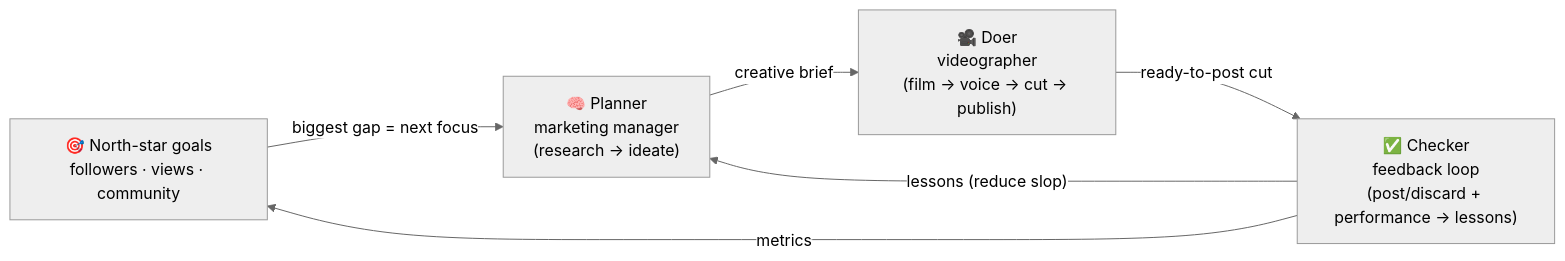
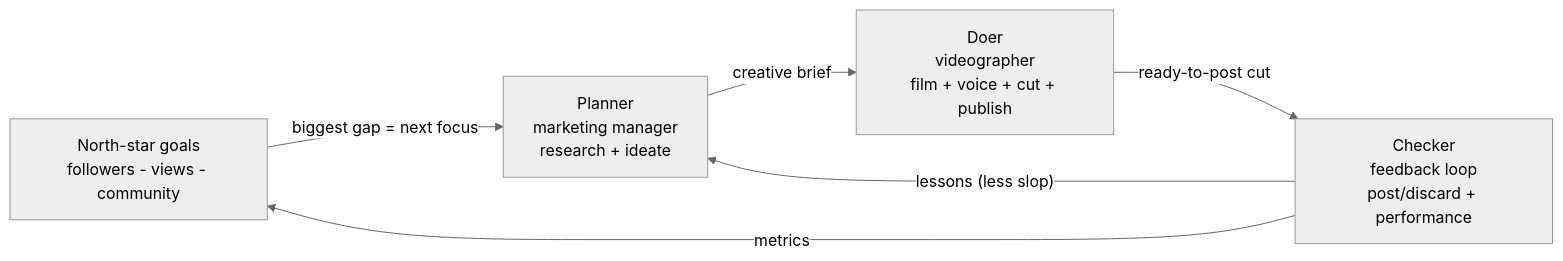
The diagram in README.md (manas15/cosmos-claw), drawn with Mermaid (neutral theme) before and after one commit. The commit also changed other lines of this file and 1 other file, not shown here.

First line of the commit message:
Rewrite README for the open-source community + add MIT LICENSE

````diff
--- a/README.md
+++ b/README.md
@@ -52,13 +56,13 @@
 ```mermaid
 flowchart LR
-  Goals["🎯 North-star goals<br/>followers · views · community"]
-  Planner["🧠 Planner<br/>marketing manager<br/>(research → ideate)"]
-  Doer["🎥 Doer<br/>videographer<br/>(film → voice → cut → publish)"]
-  Checker["✅ Checker<br/>feedback loop<br/>(post/discard + performance → lessons)"]
+  Goals["North-star goals<br/>followers - views - community"]
+  Planner["Planner<br/>marketing manager<br/>research + ideate"]
+  Doer["Doer<br/>videographer<br/>film + voice + cut + publish"]
+  Checker["Checker<br/>feedback loop<br/>post/discard + performance"]
 
   Goals -->|"biggest gap = next focus"| Planner
   Planner -->|"creative brief"| Doer
   Doer -->|"ready-to-post cut"| Checker
-  Checker -->|"lessons (reduce slop)"| Planner
+  Checker -->|"lessons (less slop)"| Planner
   Checker -->|"metrics"| Goals
 ```
````
